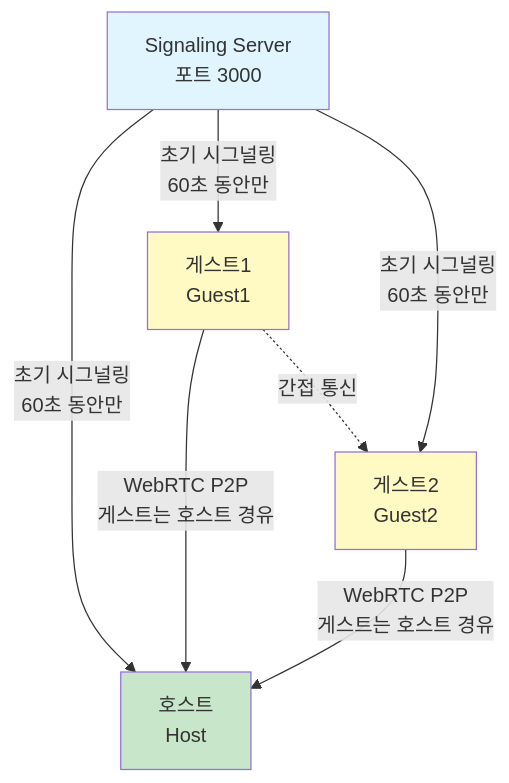
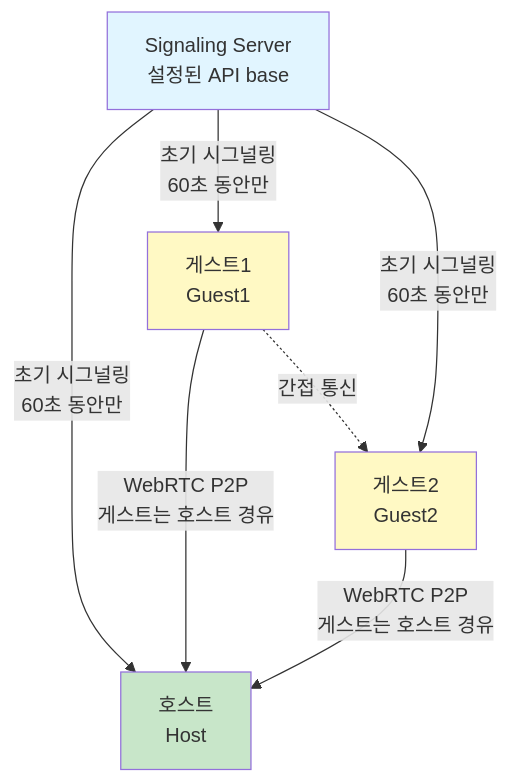
One commit to JaceDashS/online-sequencer changed the first of 2 diagrams in docs/specs/collaboration-specification/architecture.ko.md. Above: the diagram before and after it, drawn with Mermaid. The commit also changed 16 other files, not shown here.

First line of the commit message:
[docs] Align collaboration docs with external signaling API

````diff
--- a/docs/specs/collaboration-specification/architecture.ko.md
+++ b/docs/specs/collaboration-specification/architecture.ko.md
@@ -11,21 +11,21 @@
 ```mermaid
 graph TB
-    Server[Signaling Server<br/>포트 3000]
+    Server[Signaling Server<br/>설정된 API base]
     
     Host[호스트<br/>Host]
     Guest1[게스트1<br/>Guest1]
     Guest2[게스트2<br/>Guest2]
     
     Server -->|초기 시그널링<br/>60초 동안만| Host
     Server -->|초기 시그널링<br/>60초 동안만| Guest1
     Server -->|초기 시그널링<br/>60초 동안만| Guest2
     
     Guest1 -->|WebRTC P2P<br/>게스트는 호스트 경유| Host
     Guest2 -->|WebRTC P2P<br/>게스트는 호스트 경유| Host
     Guest1 -.->|간접 통신| Guest2
     
     style Server fill:#e1f5ff
     style Host fill:#c8e6c9
     style Guest1 fill:#fff9c4
     style Guest2 fill:#fff9c4
 ```
````
